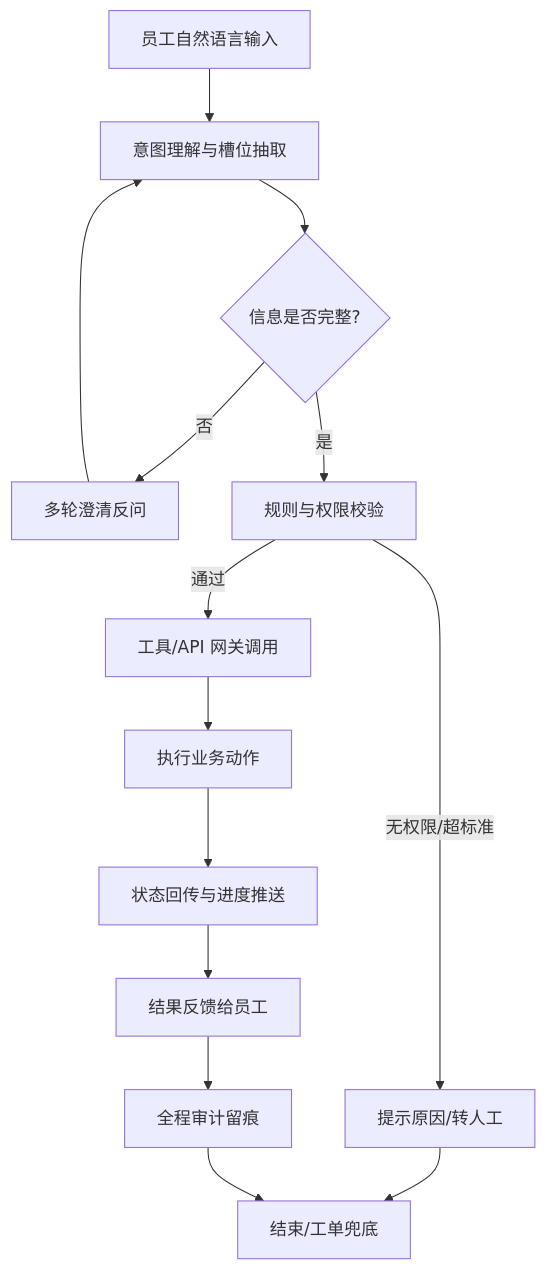
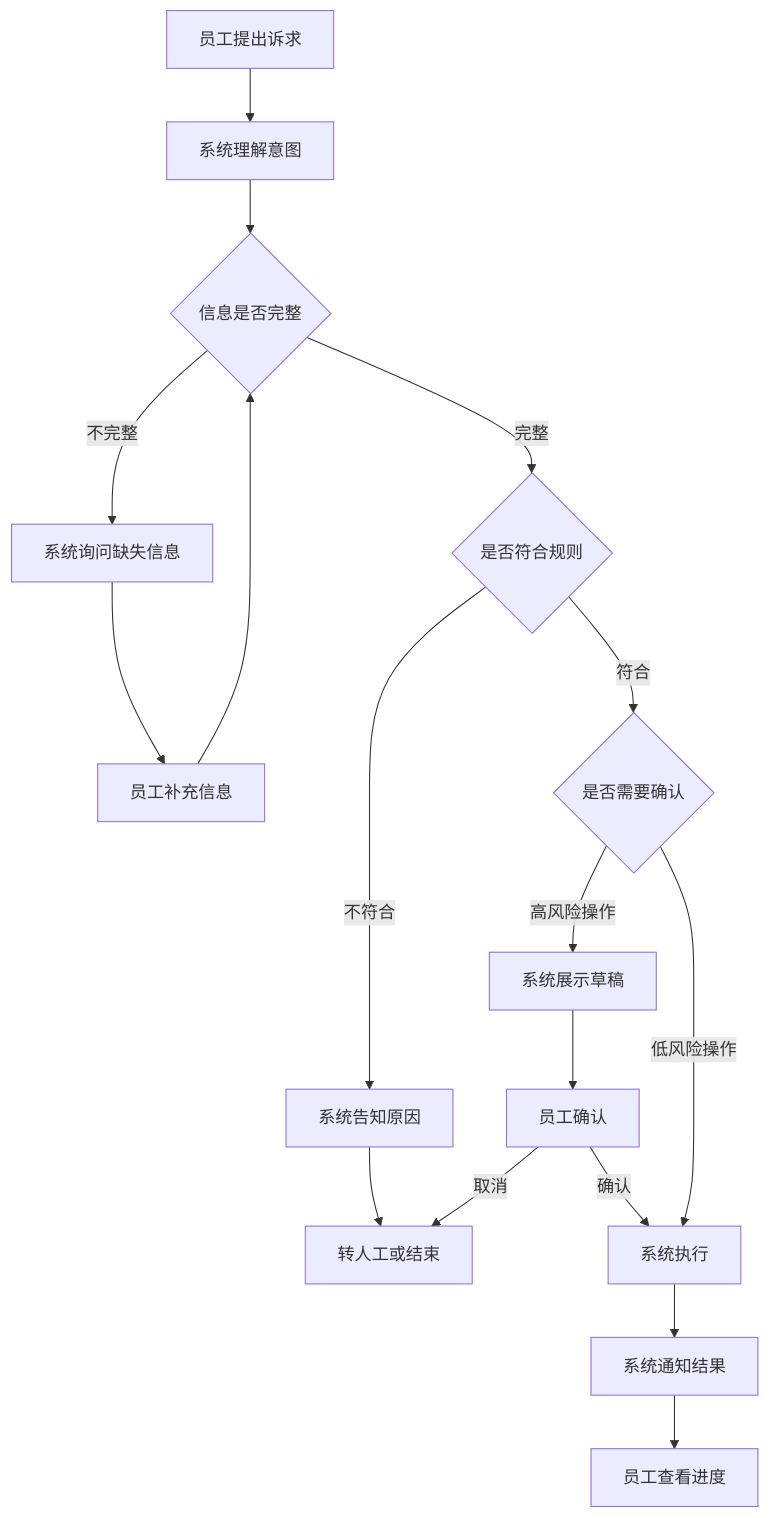
One commit to pretextQ/admin-agent changed the first of 4 diagrams in docs/行政智能系统需求文档.md. Above: the diagram before and after it, drawn with Mermaid. The commit also changed other lines of this file and 10 other files, not shown here.

````diff
--- a/docs/行政智能系统需求文档.md
+++ b/docs/行政智能系统需求文档.md
@@ -124,16 +94,19 @@
 ```mermaid
 flowchart TD
-    A[员工自然语言输入] --> B[意图理解与槽位抽取]
-    B --> C{信息是否完整?}
-    C -- 否 --> D[多轮澄清反问]
-    D --> B
-    C -- 是 --> E[规则与权限校验]
-    E -- 无权限/超标准 --> F[提示原因/转人工]
-    F --> Z[结束/工单兜底]
-    E -- 通过 --> G[工具/API 网关调用]
-    G --> H[执行业务动作]
-    H --> I[状态回传与进度推送]
-    I --> J[结果反馈给员工]
-    J --> K[全程审计留痕]
-    K --> Z
+    A[员工提出诉求] --> B[系统理解意图]
+    B --> C{信息是否完整}
+    C -- 不完整 --> D[系统询问缺失信息]
+    D --> E[员工补充信息]
+    E --> C
+    C -- 完整 --> F{是否符合规则}
+    F -- 不符合 --> G[系统告知原因]
+    G --> H[转人工或结束]
+    F -- 符合 --> I{是否需要确认}
+    I -- 高风险操作 --> J[系统展示草稿]
+    J --> K[员工确认]
+    K -- 确认 --> L[系统执行]
+    K -- 取消 --> H
+    I -- 低风险操作 --> L
+    L --> M[系统通知结果]
+    M --> N[员工查看进度]
 ```
````
